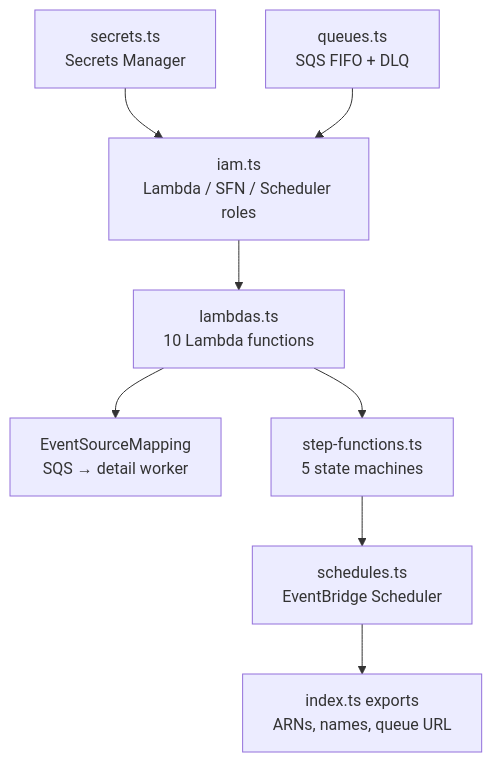
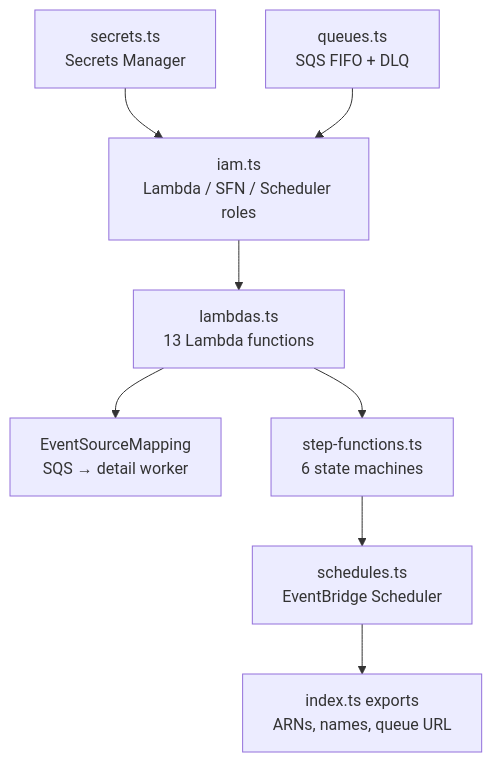
The first of 2 diagrams in docs/06-infrastructure-aws-pulumi.md (bojidaryovchev/selectauto), drawn with Mermaid before and after one commit. The commit also changed other lines of this file and 6 other files, not shown here.

````diff
--- a/docs/06-infrastructure-aws-pulumi.md
+++ b/docs/06-infrastructure-aws-pulumi.md
@@ -11,10 +11,10 @@
 ```mermaid
 flowchart TD
   secrets["secrets.ts<br/>Secrets Manager"] --> iam
   queues["queues.ts<br/>SQS FIFO + DLQ"] --> iam
   iam["iam.ts<br/>Lambda / SFN / Scheduler roles"] --> lambdas
-  lambdas["lambdas.ts<br/>10 Lambda functions"] --> esm["EventSourceMapping<br/>SQS → detail worker"]
-  lambdas --> sfn["step-functions.ts<br/>5 state machines"]
+  lambdas["lambdas.ts<br/>13 Lambda functions"] --> esm["EventSourceMapping<br/>SQS → detail worker"]
+  lambdas --> sfn["step-functions.ts<br/>6 state machines"]
   sfn --> sched["schedules.ts<br/>EventBridge Scheduler"]
   sched --> outputs["index.ts exports<br/>ARNs, names, queue URL"]
 ```
````
